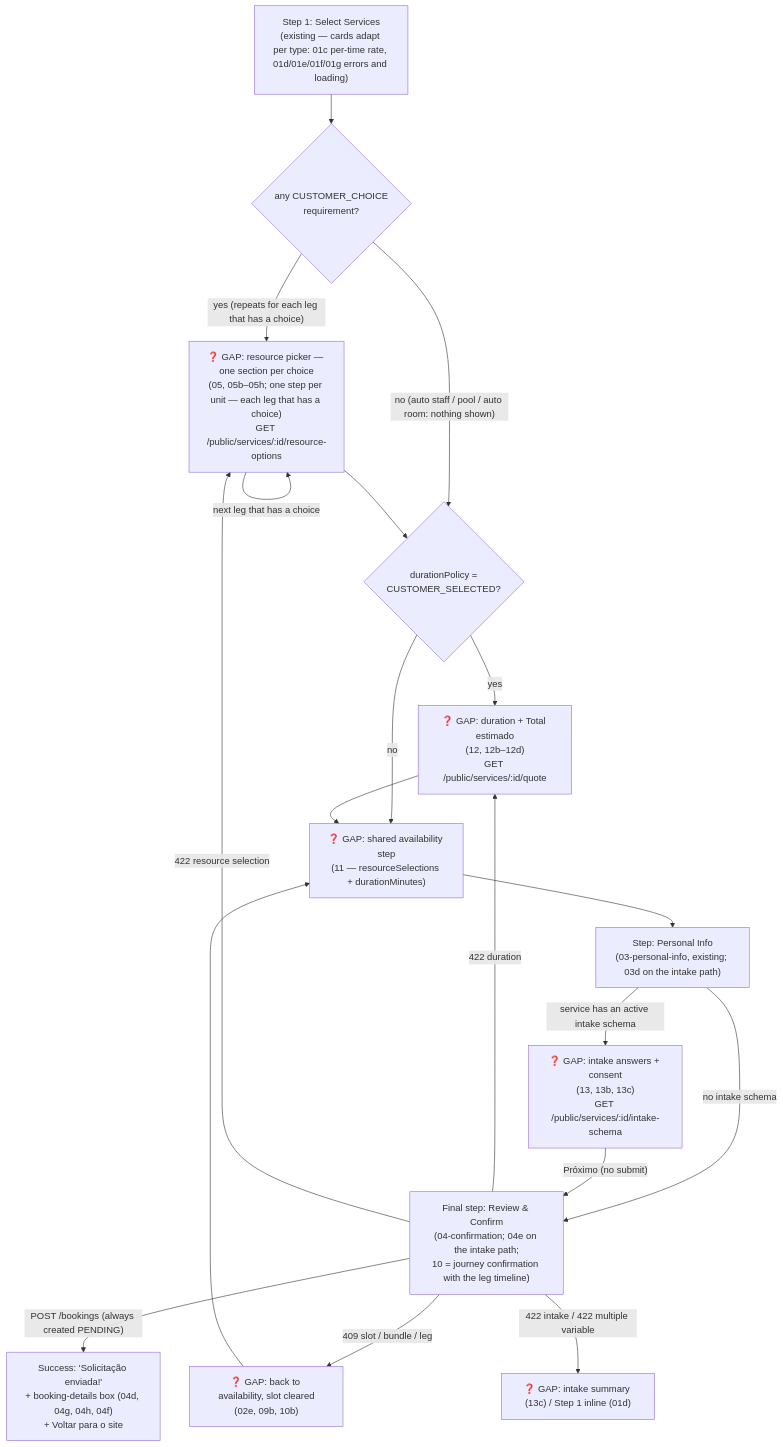
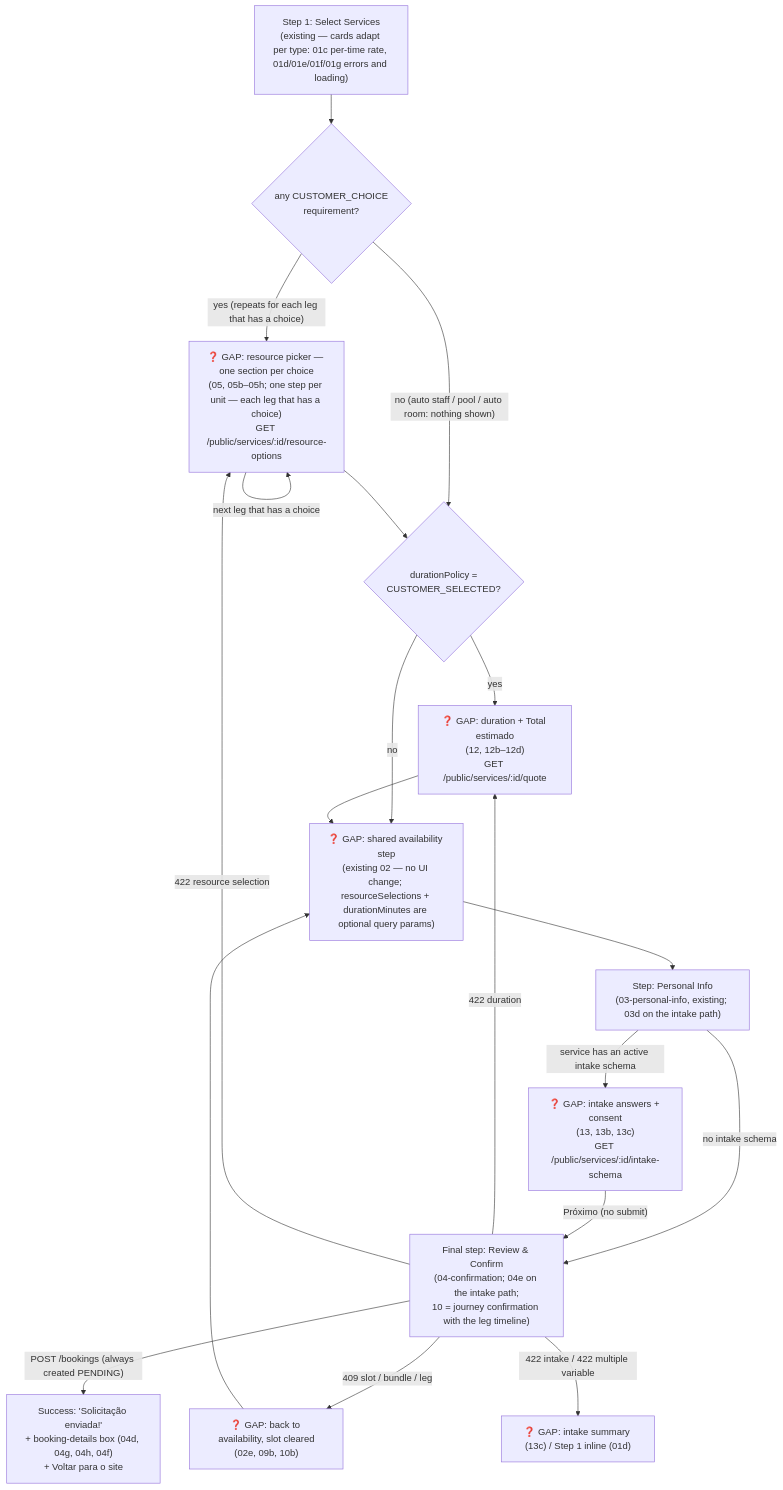
Before and after one commit to lmmoreira/ikaro: the second of 2 diagrams in plan/journey/guest/book-a-service.md, drawn with Mermaid. The commit also changed 15 other files, not shown here.

First line of the commit message:
docs(journey): keep the existing date/time step (02-calendar-slot) for every M23 flow; drop the 11 redraw (M23-S11a)

````diff
--- a/plan/journey/guest/book-a-service.md
+++ b/plan/journey/guest/book-a-service.md
@@ -59,24 +59,24 @@
 ```mermaid
 flowchart TD
     classDef gap stroke:#f00,stroke-dasharray: 5 5,fill:#fee
 
     S1b["Step 1: Select Services<br/>(existing — cards adapt per type: 01c per-time rate, 01d/01e/01f/01g errors and loading)"] --> HasChoice{"any CUSTOMER_CHOICE<br/>requirement?"}
     HasChoice -- "yes (repeats for each leg that has a choice)" --> Picker["❓ GAP: resource picker — one section per choice<br/>(05, 05b–05h; one step per unit — each leg that has a choice)<br/>GET /public/services/:id/resource-options"]
     HasChoice -- "no (auto staff / pool / auto room: nothing shown)" --> HasDuration
     Picker -->|"next leg that has a choice"| Picker
     Picker --> HasDuration{"durationPolicy =<br/>CUSTOMER_SELECTED?"}
     HasDuration -- "yes" --> Duration["❓ GAP: duration + Total estimado<br/>(12, 12b–12d)<br/>GET /public/services/:id/quote"]
     HasDuration -- "no" --> Availability
-    Duration --> Availability["❓ GAP: shared availability step<br/>(11 — resourceSelections + durationMinutes)"]
+    Duration --> Availability["❓ GAP: shared availability step<br/>(existing 02 — no UI change; resourceSelections + durationMinutes are optional query params)"]
 
     Availability --> S3m["Step: Personal Info<br/>(03-personal-info, existing; 03d on the intake path)"]
     S3m -->|"service has an active intake schema"| Intake["❓ GAP: intake answers + consent<br/>(13, 13b, 13c)<br/>GET /public/services/:id/intake-schema"]
     S3m -->|"no intake schema"| Confirm
     Intake -->|"Próximo (no submit)"| Confirm["Final step: Review & Confirm<br/>(04-confirmation; 04e on the intake path;<br/>10 = journey confirmation with the leg timeline)"]
     Confirm -->|"POST /bookings (always created PENDING)"| Done["Success: 'Solicitação enviada!'<br/>+ booking-details box (04d, 04g, 04h, 04f)<br/>+ Voltar para o site"]
     Confirm -->|"409 slot / bundle / leg"| BackAvail["❓ GAP: back to availability, slot cleared<br/>(02e, 09b, 10b)"]
     Confirm -->|"422 duration"| Duration
     Confirm -->|"422 resource selection"| Picker
     Confirm -->|"422 intake / 422 multiple variable"| Errors["❓ GAP: intake summary (13c) / Step 1 inline (01d)"]
     BackAvail --> Availability
 ```
````
